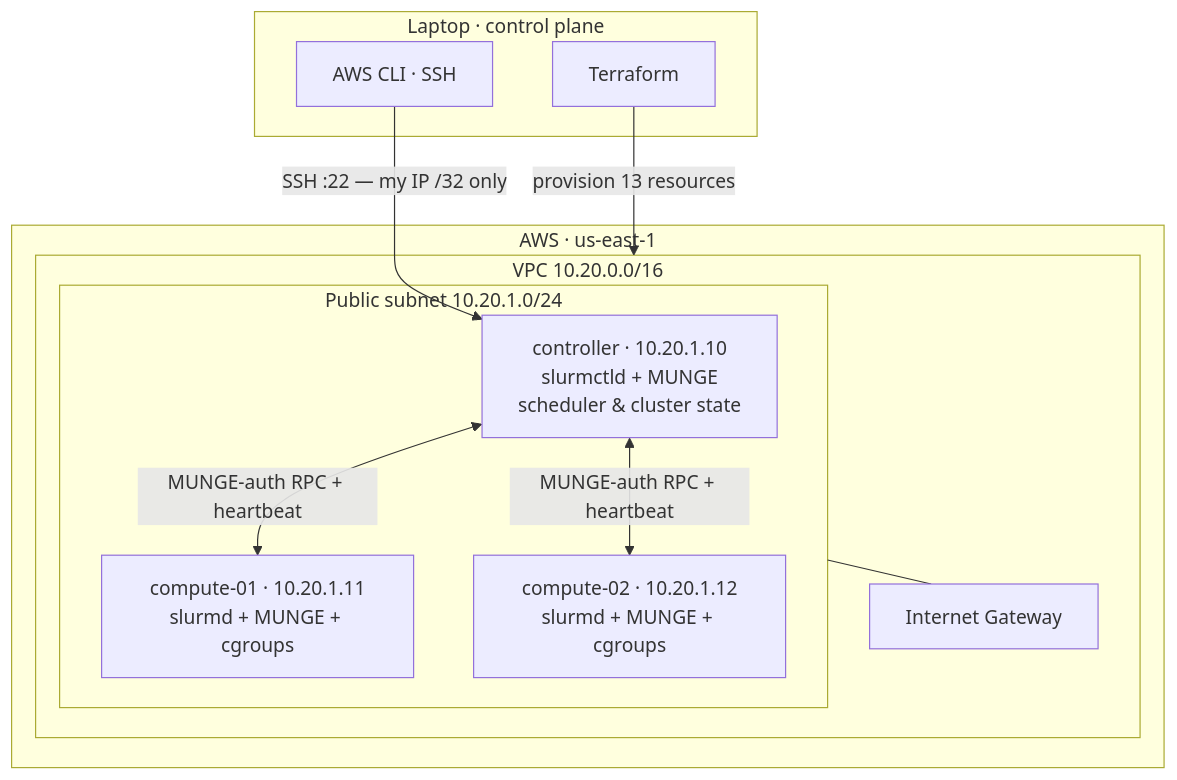
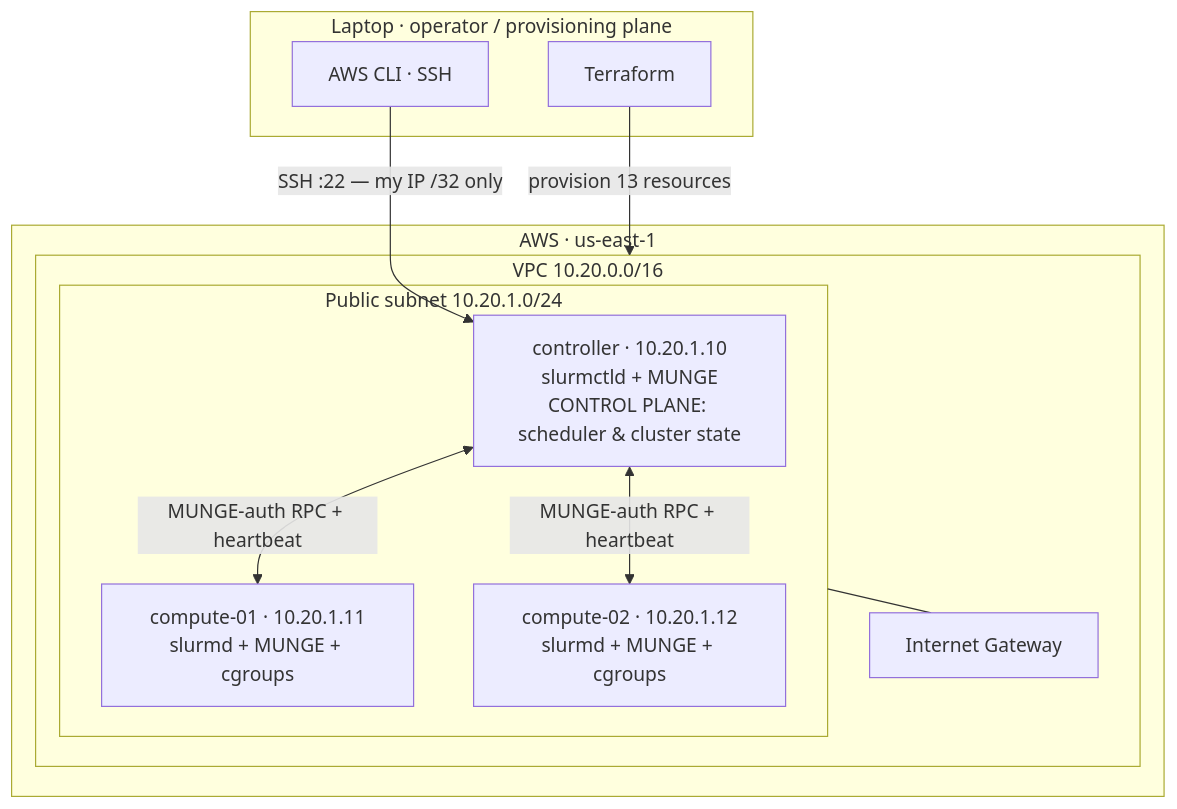
Before and after one commit to Ajayvardhanreddy/distributed-workload-platform-slurm: the first of 3 diagrams in README.md, drawn with Mermaid. The commit also changed other lines of this file and 3 other files, not shown here.

First line of the commit message:
Harden SSH-CIDR validation and apply flow; add CI; fix README accuracy

````diff
--- a/README.md
+++ b/README.md
@@ -47,24 +50,24 @@
 ```mermaid
 flowchart TB
-    subgraph LAP["Laptop · control plane"]
+    subgraph LAP["Laptop · operator / provisioning plane"]
       TF["Terraform"]
       CLI["AWS CLI · SSH"]
     end
 
     subgraph AWS["AWS · us-east-1"]
       subgraph VPC["VPC 10.20.0.0/16"]
         IGW["Internet Gateway"]
         subgraph SUB["Public subnet 10.20.1.0/24"]
-          CTL["controller · 10.20.1.10<br/>slurmctld + MUNGE<br/>scheduler & cluster state"]
+          CTL["controller · 10.20.1.10<br/>slurmctld + MUNGE<br/>CONTROL PLANE: scheduler & cluster state"]
           N1["compute-01 · 10.20.1.11<br/>slurmd + MUNGE + cgroups"]
           N2["compute-02 · 10.20.1.12<br/>slurmd + MUNGE + cgroups"]
         end
       end
     end
 
     TF -->|"provision 13 resources"| VPC
     CLI -->|"SSH :22 — my IP /32 only"| CTL
     CTL <-->|"MUNGE-auth RPC + heartbeat"| N1
     CTL <-->|"MUNGE-auth RPC + heartbeat"| N2
     SUB --- IGW
 ```
````
